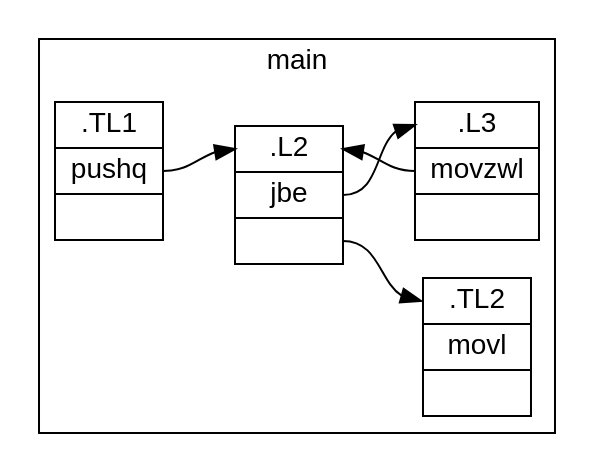
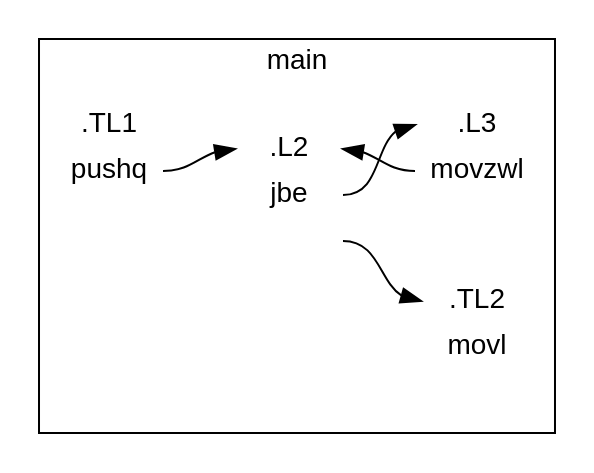
The diagram in dot/cfgimages.dot (Antrea155/C-Decompiler), drawn with Graphviz before and after one commit. The commit also changed 9 other files, not shown here.

Commit message:
data flow analysis #2

```diff
--- a/dot/cfgimages.dot
+++ b/dot/cfgimages.dot
@@ -1,46 +1,47 @@
 digraph g {
 fontname="Helvetica,Arial,sans-serif"
 node [fontname="Helvetica,Arial,sans-serif"]
 edge [fontname="Helvetica,Arial,sans-serif"]
 graph [
 rankdir = "LR"
 ];
 node [
 fontsize = "14"
 shape = "ellipse"
 ];
 edge [
 ];
 subgraph "main" {
 label = "main";
+node [style=filled,color=white]
 cluster=true;
 ".TL1"[
 label = "<f0>.TL1| <f1> pushq |<f2>"
 shape = "record"
 ];
 ".TL1":f1 -> ".L2":f0 [
 id=1
 ];
 ".L3"[
 label = "<f0>.L3| <f1> movzwl |<f2>"
 shape = "record"
 ];
 ".L3":f1 -> ".L2":f0 [
 id=1
 ];
 ".L2"[
 label = "<f0>.L2| <f1> jbe |<f2>"
 shape = "record"
 ];
 ".L2":f1 -> ".L3":f0 [
 id=1
 ];
 ".L2":f2 -> ".TL2":f0 [
 id=1
 ];
 ".TL2"[
 label = "<f0>.TL2| <f1> movl |<f2>"
 shape = "record"
 ];
 }
 }
```
